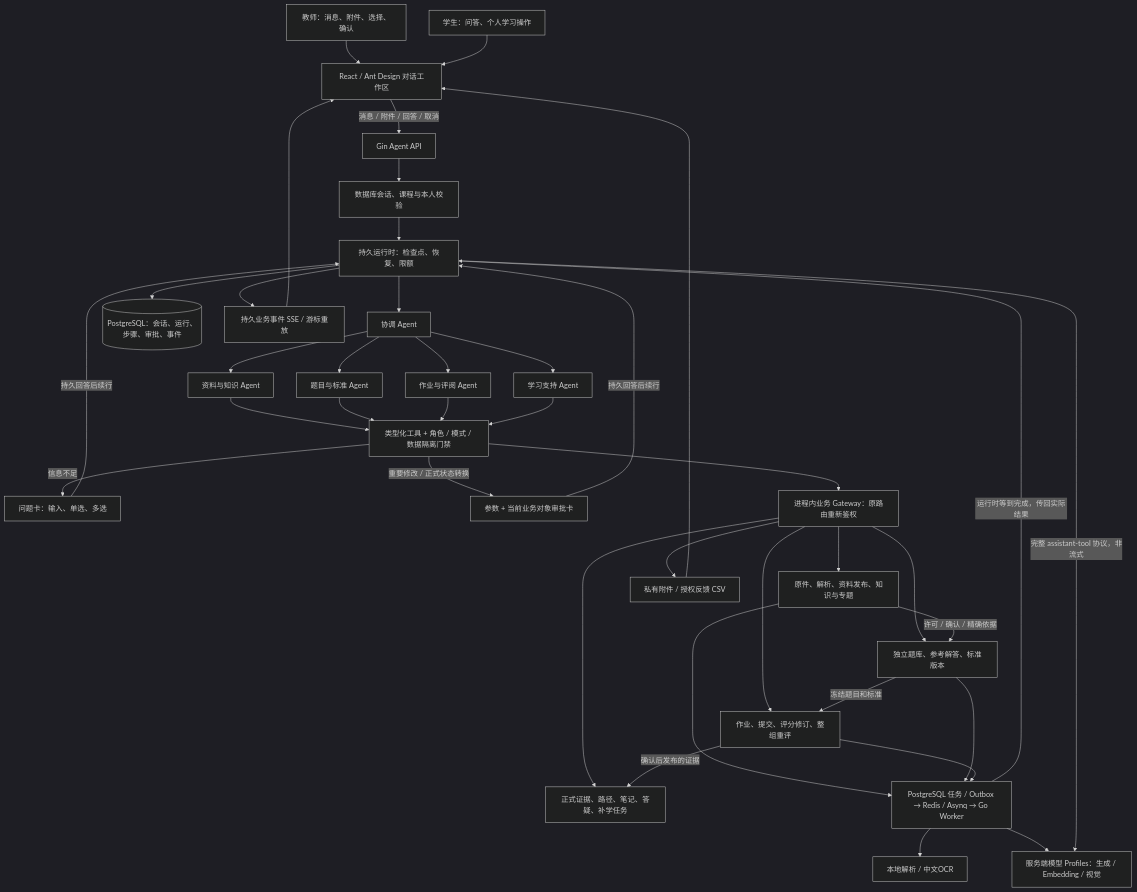
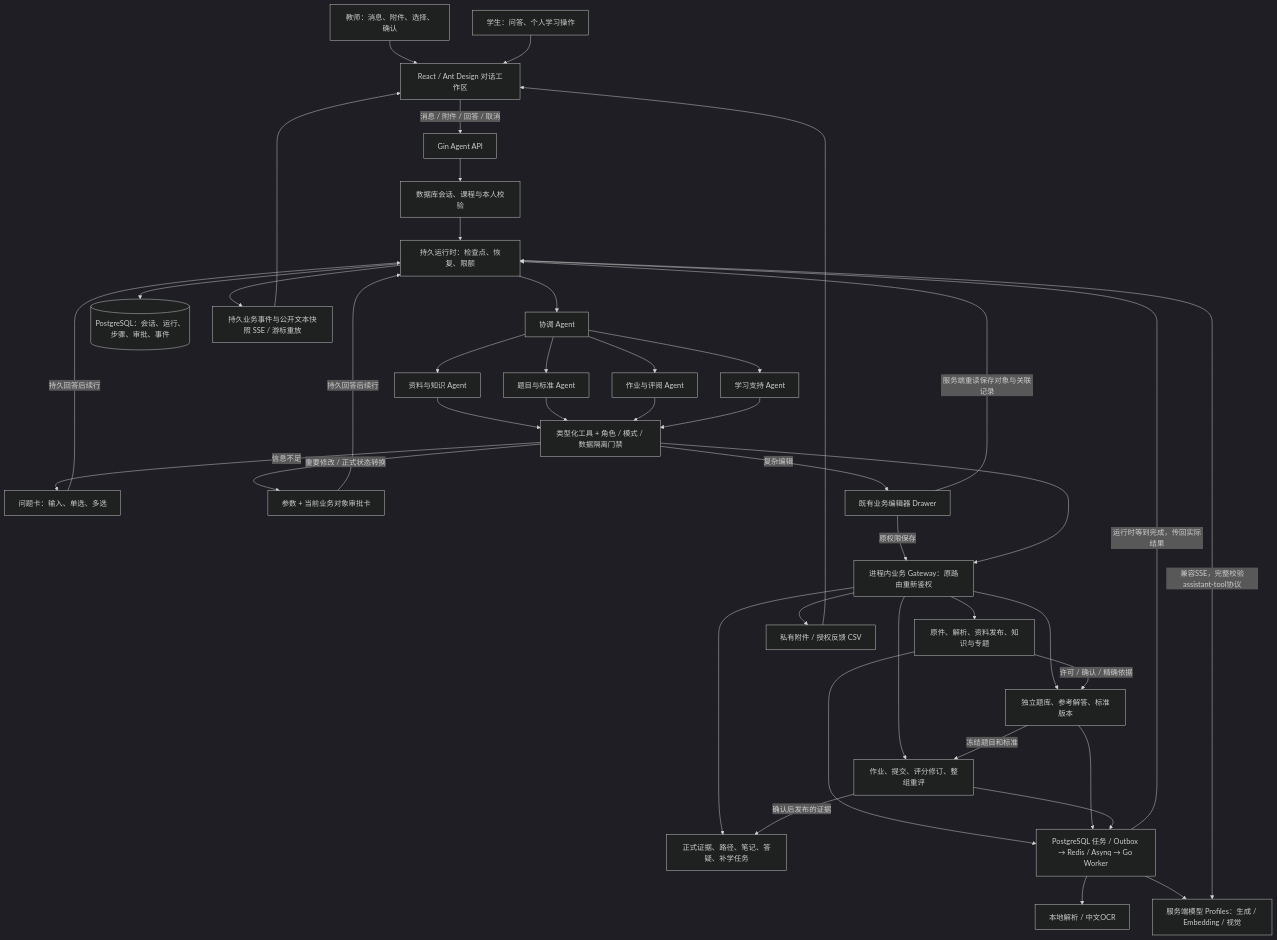
One commit to 122Ml/HaJi_Mark changed the diagram in docs/agent-harness.md. Above: the diagram before and after it, drawn with Mermaid (dark theme). The commit also changed other lines of this file and 191 other files, not shown here.

Commit message:
[v0.2.0] Integrate teaching workspaces, agents and complete diagram delivery

````diff
--- a/docs/agent-harness.md
+++ b/docs/agent-harness.md
@@ -22,35 +22,38 @@
 ```mermaid
 flowchart TB
   Teacher[教师：消息、附件、选择、确认] --> Chat[React / Ant Design 对话工作区]
   Student[学生：问答、个人学习操作] --> Chat
   Chat -->|消息 / 附件 / 回答 / 取消| API[Gin Agent API]
   API --> Session[数据库会话、课程与本人校验]
   Session --> Runtime[持久运行时：检查点、恢复、限额]
   Runtime --> Coordinator[协调 Agent]
   Coordinator --> Materials[资料与知识 Agent]
   Coordinator --> Questions[题目与标准 Agent]
   Coordinator --> Assessment[作业与评阅 Agent]
   Coordinator --> Learning[学习支持 Agent]
   Materials & Questions & Assessment & Learning --> Policy[类型化工具 + 角色 / 模式 / 数据隔离门禁]
   Policy -->|信息不足| Input[问题卡：输入、单选、多选]
   Policy -->|重要修改 / 正式状态转换| Approval[参数 + 当前业务对象审批卡]
   Input & Approval -->|持久回答后续行| Runtime
+  Policy -->|复杂编辑| Editor[既有业务编辑器 Drawer]
+  Editor -->|原权限保存| Gateway
+  Editor -->|服务端重读保存对象与关联记录| Runtime
   Policy --> Gateway[进程内业务 Gateway：原路由重新鉴权]
   Gateway --> M[原件、解析、资料发布、知识与专题]
   Gateway --> Q[独立题库、参考解答、标准版本]
   Gateway --> A[作业、提交、评分修订、整组重评]
   Gateway --> L[正式证据、路径、笔记、答疑、补学任务]
   M -->|许可 / 确认 / 精确依据| Q
   Q -->|冻结题目和标准| A
   A -->|确认后发布的证据| L
   M & Q & A --> Jobs[PostgreSQL 任务 / Outbox → Redis / Asynq → Go Worker]
   Jobs --> Parse[本地解析 / 中文OCR]
   Jobs --> Models[服务端模型 Profiles：生成 / Embedding / 视觉]
-  Runtime -->|完整 assistant-tool 协议，非流式| Models
+  Runtime -->|兼容SSE，完整校验assistant-tool协议| Models
   Jobs -->|运行时等到完成，传回实际结果| Runtime
   Runtime --> PG[(PostgreSQL：会话、运行、步骤、审批、事件)]
-  Runtime --> Events[持久业务事件 SSE / 游标重放]
+  Runtime --> Events[持久业务事件与公开文本快照 SSE / 游标重放]
   Events --> Chat
   Gateway --> Files[私有附件 / 授权反馈 CSV]
   Files --> Chat
 ```
````
